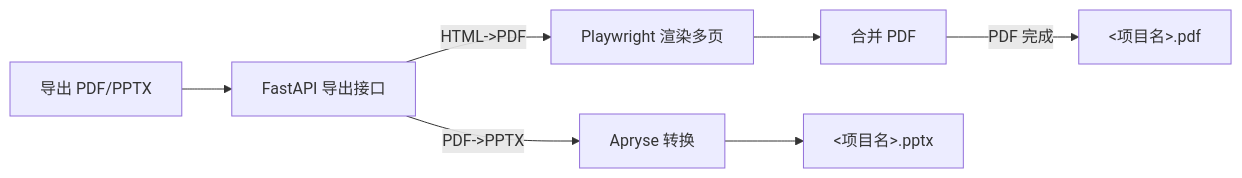
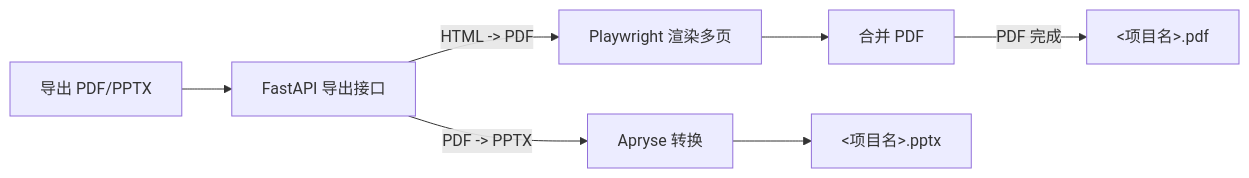
Before and after one commit to cat3399/ezppt: the second of 2 diagrams in README.md, drawn with Mermaid. The commit also changed other lines of this file and 6 other files, not shown here.

````diff
--- a/README.md
+++ b/README.md
@@ -151,9 +171,9 @@
 ```mermaid
 flowchart LR
-  BTN[导出 PDF/PPTX] --> API[FastAPI 导出接口]
-  API -->|HTML->PDF| PL[Playwright 渲染多页]
-  PL --> MPDF[合并 PDF]
-  MPDF -->|PDF 完成| FILEPDF[<项目名>.pdf]
-  API -->|PDF->PPTX| APRYSE[Apryse 转换]
-  APRYSE --> FILEPPTX[<项目名>.pptx]
+    BTN[导出 PDF/PPTX] --> API[FastAPI 导出接口]
+    API -->|HTML -> PDF| PL[Playwright 渲染多页]
+    PL --> MPDF[合并 PDF]
+    MPDF -->|PDF 完成| FILEPDF[<项目名>.pdf]
+    API -->|PDF -> PPTX| APRYSE[Apryse 转换]
+    APRYSE --> FILEPPTX[<项目名>.pptx]
 ```
````
